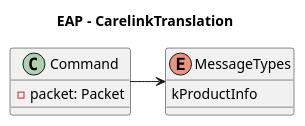
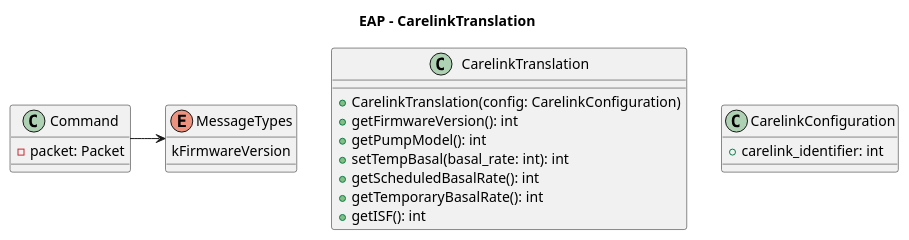
One commit to Nightscou2018/EAP changed the diagram in doc/carelinktranslation.puml. Above: the diagram before and after it, drawn with PlantUML. The commit also changed other lines of this file and 6 other files, not shown here.

```diff
--- a/doc/carelinktranslation.puml
+++ b/doc/carelinktranslation.puml
@@ -1,15 +1,29 @@
 @startuml
 
 title EAP - CarelinkTranslation
 
+class CarelinkTranslation {
+  + CarelinkTranslation(config: CarelinkConfiguration)
+  + getFirmwareVersion(): int
+  + getPumpModel(): int
+  + setTempBasal(basal_rate: int): int
+  + getScheduledBasalRate(): int
+  + getTemporaryBasalRate(): int
+  + getISF(): int
+}
+
 enum MessageTypes {
-    kProductInfo
+  kFirmwareVersion
 }
 
 class Command {
-    - packet: Packet
+  - packet: Packet
+}
+
+class CarelinkConfiguration {
+  + carelink_identifier: int
 }
 
 Command -> MessageTypes
 
 @enduml
```
